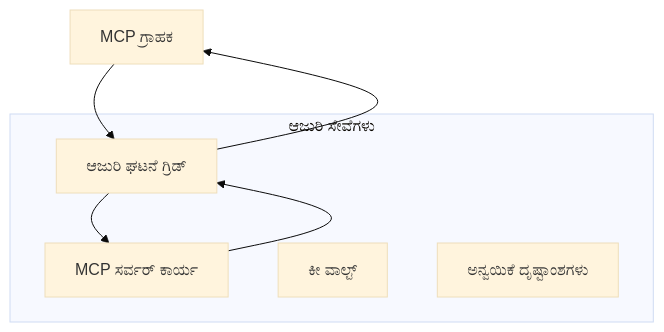
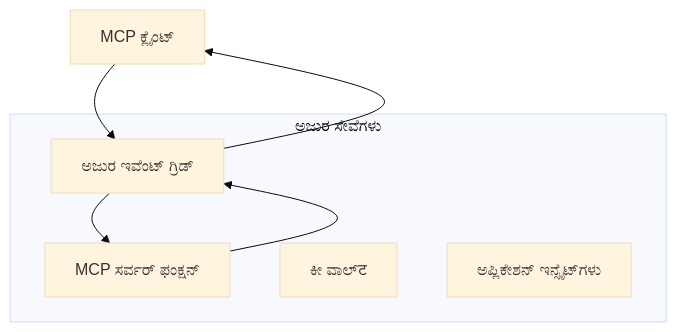
One commit to HIDORAKAI002/ai-workspace-archive changed the first of 2 diagrams in mcp_ecosystem__model_context_protocol/mcp_learning_resources/mcp-for-beginners/translations/kn/05-AdvancedTopics/mcp-transport/README.md. Above: the diagram before and after it, drawn with Mermaid (base theme). The commit also changed other lines of this file and 1046 other files, not shown here.

````diff
--- a/mcp_ecosystem__model_context_protocol/mcp_learning_resources/mcp-for-beginners/translations/kn/05-AdvancedTopics/mcp-transport/README.md
+++ b/mcp_ecosystem__model_context_protocol/mcp_learning_resources/mcp-for-beginners/translations/kn/05-AdvancedTopics/mcp-transport/README.md
@@ -58,14 +60,14 @@
 ```mermaid
 graph TB
-    Client[MCP ಗ್ರಾಹಕ] --> EG[ಆಜುರಿ ಘಟನೆ ಗ್ರಿಡ್]
-    EG --> Server[MCP ಸರ್ವರ್ ಕಾರ್ಯ]
+    Client[MCP ಕ್ಲೈಂಟ್] --> EG[ಅಜುರ ಇವೆಂಟ್ ಗ್ರಿಡ್]
+    EG --> Server[MCP ಸರ್ವರ್ ಫಂಕ್ಷನ್]
     Server --> EG
     EG --> Client
     
-    subgraph "ಆಜುರಿ ಸೇವೆಗಳು"
+    subgraph "ಅಜುರ ಸೇವೆಗಳು"
         EG
         Server
-        KV[ಕೀ ವಾಲ್ಟ್]
-        Monitor[ಅನ್ವಯಿಕೆ ದೃಷ್ಟಾಂಶಗಳು]
+        KV[ಕೀ ವಾಲ್‍ट]
+        Monitor[ಅಪ್ಲಿಕೇಶನ್ ಇನ್ಸೈಟ್‌ಗಳು]
     end
 ```
````
